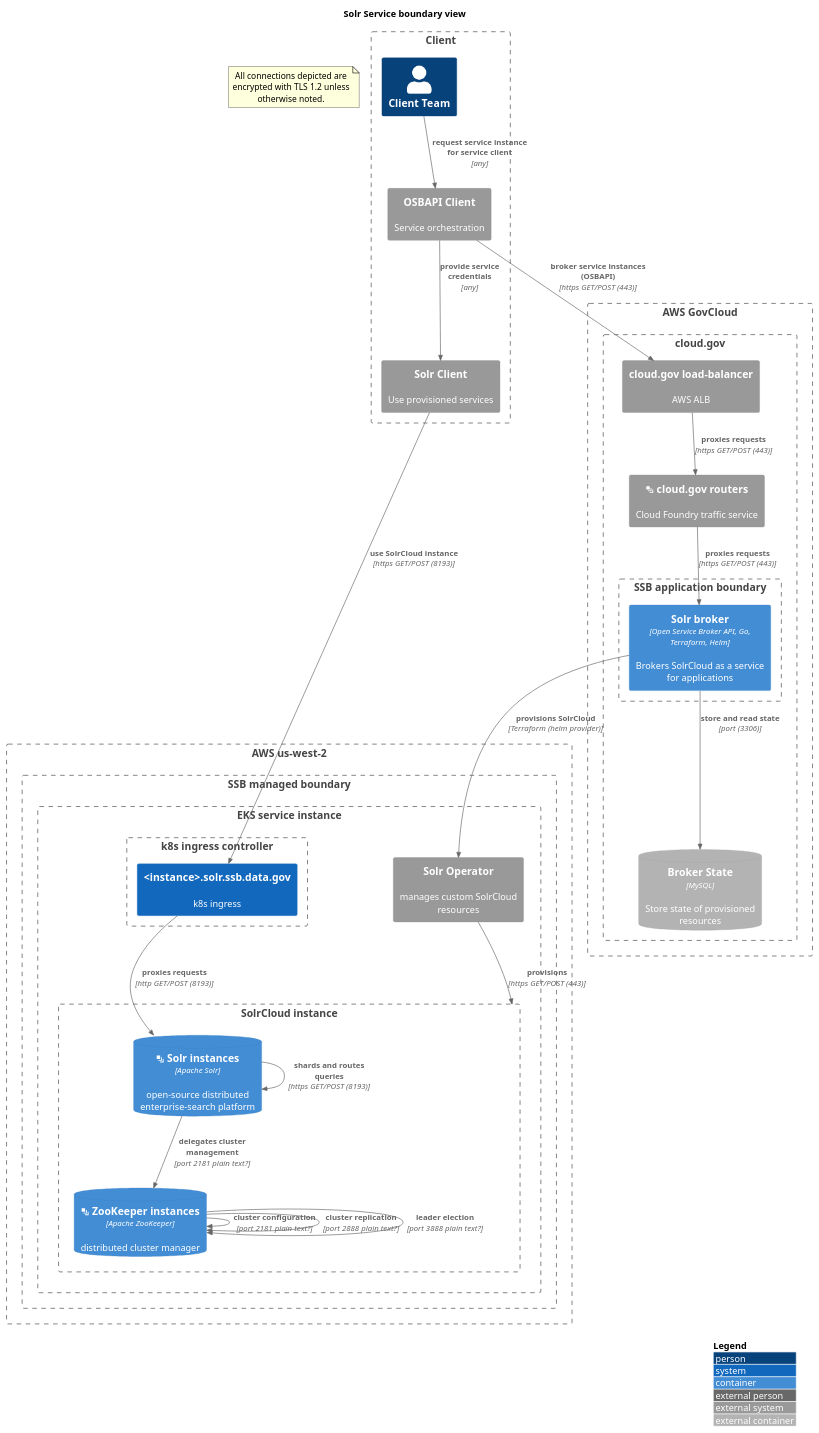
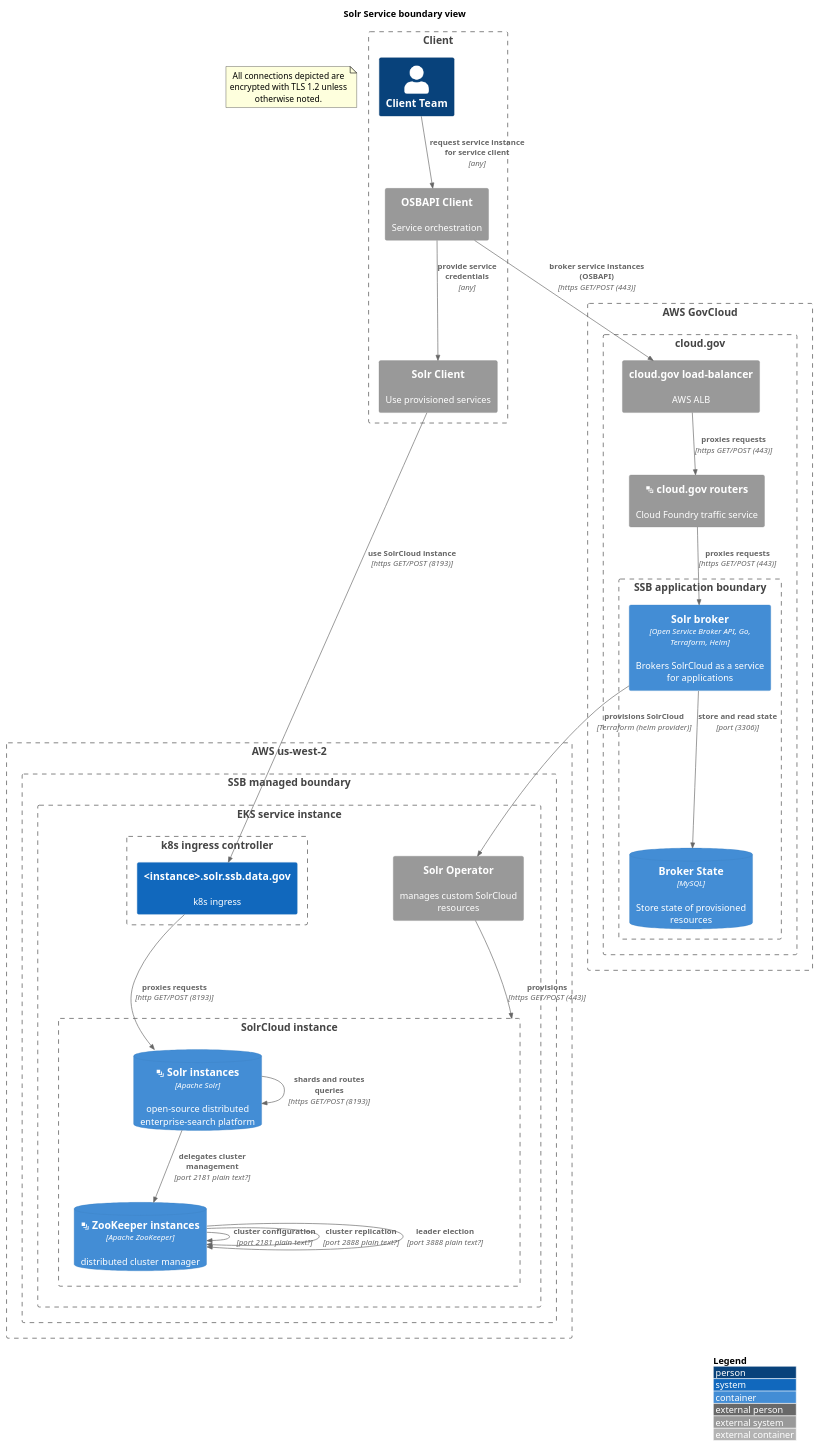
Before and after one commit to GSA/datagov-compliance: the third of 3 diagrams in ssb-service-scratchpad.md, drawn with PlantUML. The commit also changed 3 other files, not shown here.

First line of the commit message:
Update solr and aws broker state

````diff
--- a/ssb-service-scratchpad.md
+++ b/ssb-service-scratchpad.md
@@ -104,57 +104,57 @@
 ```plantuml
 @startuml
 !include https://raw.githubusercontent.com/plantuml-stdlib/C4-PlantUML/master/C4_Container.puml
 ' uncomment the following line and comment the first to use locally
 ' !include C4_Container.puml
 LAYOUT_WITH_LEGEND()
 title Solr Service boundary view
 Boundary(client, "Client") {
   Person(client_team, "Client Team")
   System_Ext(osbapi_client, "OSBAPI Client", "Service orchestration")
   System_Ext(solr_client, "Solr Client", "Use provisioned services")
   Rel(osbapi_client, solr_client, "provide service credentials", "any")
   Rel(client_team, osbapi_client, "request service instance for service client", "any")
 }
 note as EncryptionNote
   All connections depicted are encrypted with TLS 1.2 unless otherwise noted.
 end note
 
 Boundary(aws_west, "AWS us-west-2") {
   Boundary(iaas, "SSB managed boundary") {
     Boundary(eks, "EKS service instance") {
       System_Ext(solr_operator, "Solr Operator", "manages custom SolrCloud resources")
       Boundary(k8s_ingress, "k8s ingress controller") {    
         System(solr_ingress, "<instance>.solr.ssb.data.gov", "k8s ingress")
       }
       Boundary(b_solrcloud, "SolrCloud instance") {
         ContainerDb(solr_instances, "<&layers> Solr instances", "Apache Solr", "open-source distributed enterprise-search platform")
         ContainerDb(zookeeper_instances, "<&layers> ZooKeeper instances", "Apache ZooKeeper", "distributed cluster manager")
       }
     }
   }
 }
 Boundary(aws_govcloud, "AWS GovCloud") {
   Boundary(cloudgov, "cloud.gov") {
     System_Ext(aws_cg_alb, "cloud.gov load-balancer", "AWS ALB")
     System_Ext(cloudgov_router, "<&layers> cloud.gov routers", "Cloud Foundry traffic service")
     Boundary(atob, "SSB application boundary") {
       Container(solr_app, "Solr broker", "Open Service Broker API, Go, Terraform, Helm", "Brokers SolrCloud as a service for applications")
+      ContainerDb(solr_app_db, "Broker State", "MySQL", "Store state of provisioned resources")
     }
-    ContainerDb_Ext(solr_app_db, "Broker State", "MySQL", "Store state of provisioned resources")
   }
 }
 Rel(osbapi_client, aws_cg_alb, "broker service instances (OSBAPI)", "https GET/POST (443)")
 Rel(aws_cg_alb, cloudgov_router, "proxies requests", "https GET/POST (443)")
 Rel(cloudgov_router, solr_app, "proxies requests", "https GET/POST (443)")
 Rel(solr_app, solr_app_db, "store and read state", "port (3306)")
 Rel(solr_client, solr_ingress, "use SolrCloud instance", "https GET/POST (8193)")
 Rel(solr_instances, solr_instances, "shards and routes queries", "https GET/POST (8193)")
 Rel(solr_instances, zookeeper_instances, "delegates cluster management", "port 2181 plain text?")
 Rel(zookeeper_instances, zookeeper_instances, "cluster configuration", "port 2181 plain text?")
 Rel(zookeeper_instances, zookeeper_instances, "cluster replication", "port 2888 plain text?")
 Rel(zookeeper_instances, zookeeper_instances, "leader election", "port 3888 plain text?")
 Rel(solr_app, solr_operator, "provisions SolrCloud", "Terraform (helm provider)")
 Rel(solr_operator, b_solrcloud, "provisions", "https GET/POST (443)")
 Rel(solr_ingress, solr_instances, "proxies requests", "http GET/POST (8193)")
 @enduml
 ```
````
